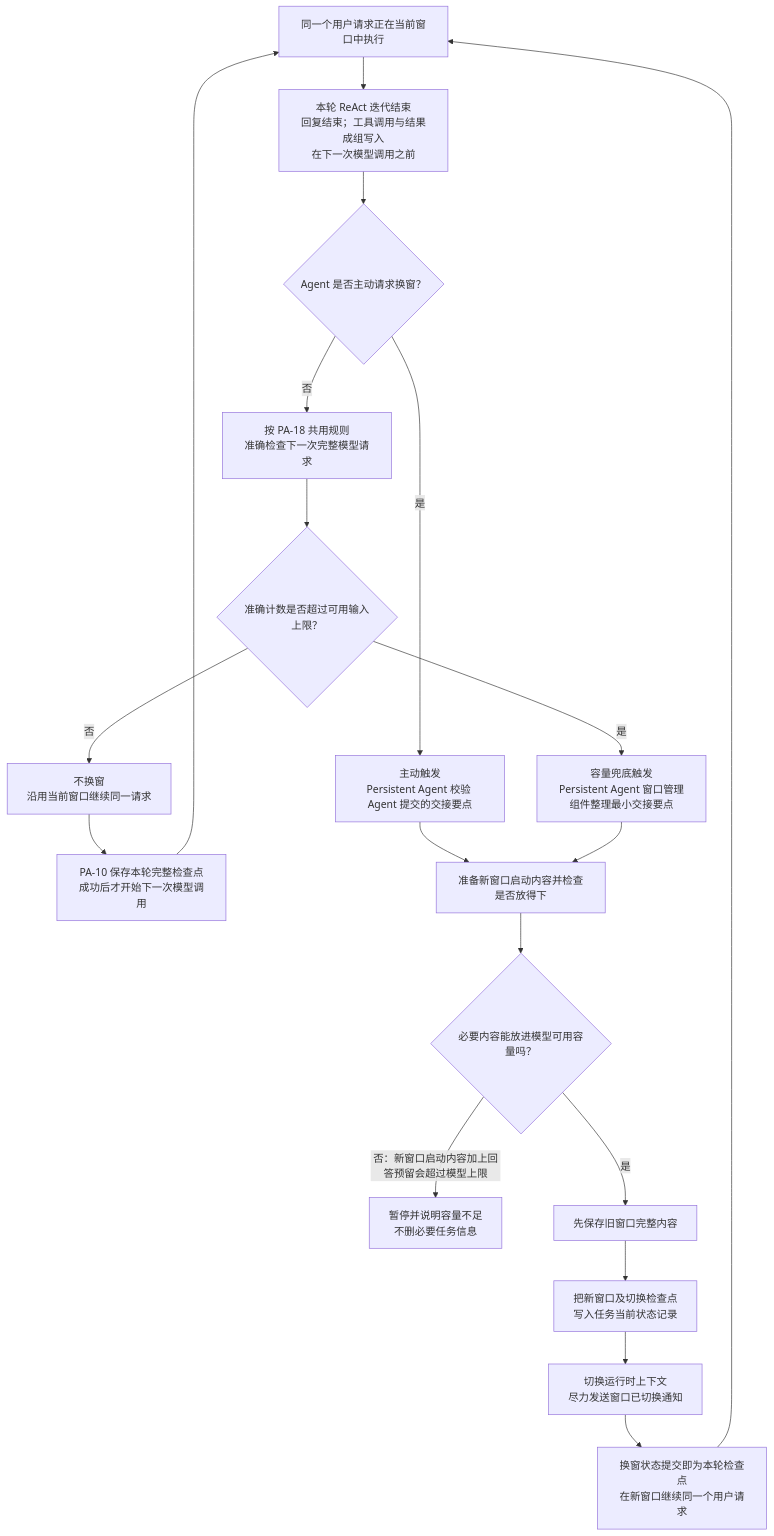
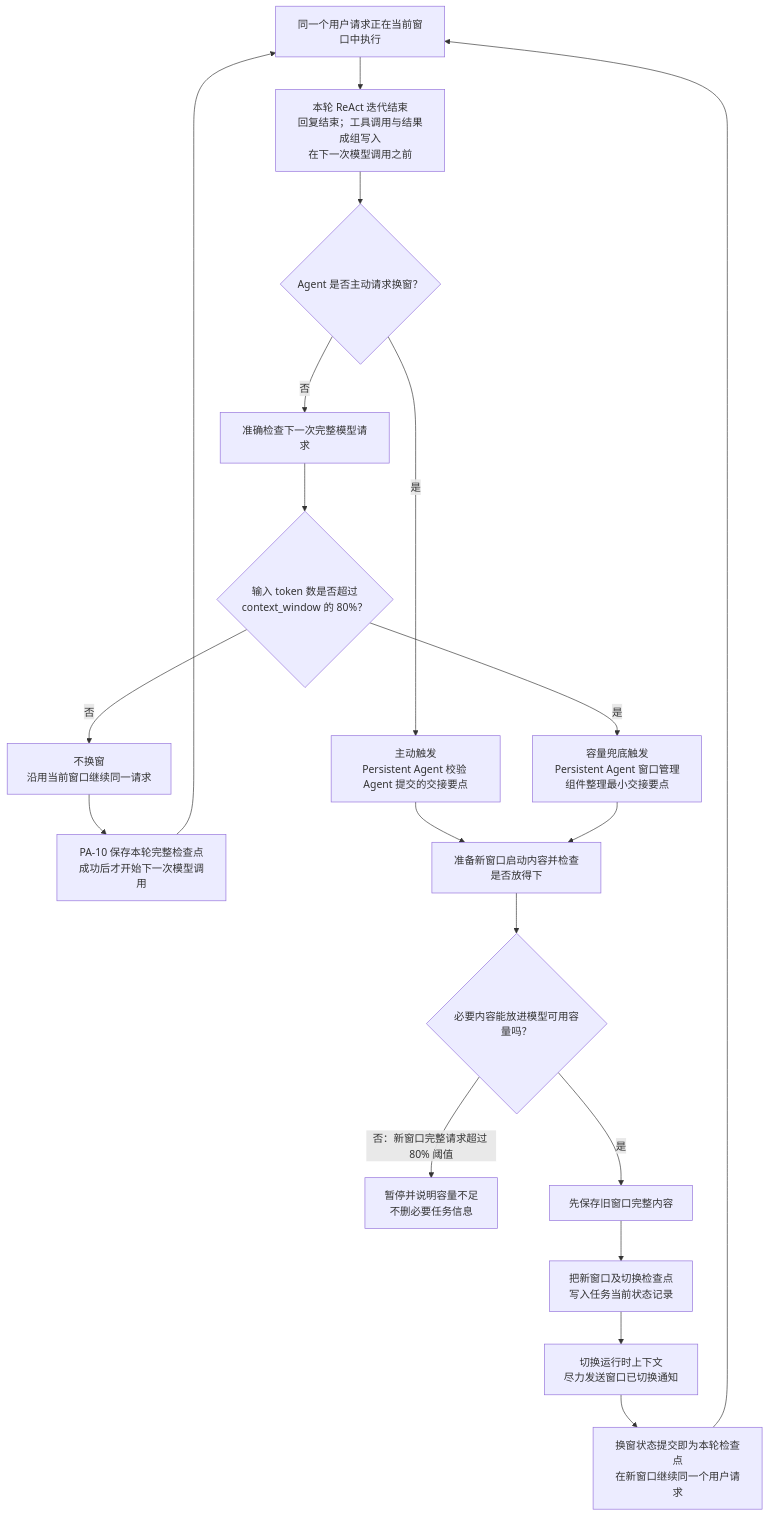
One commit to openJiuwen-ai/agent-core changed the first of 3 diagrams in openjiuwen/harness/persistent_agent/docs/features/F_11_window-management.md. Above: the diagram before and after it, drawn with Mermaid. The commit also changed other lines of this file and 6 other files, not shown here.

````diff
--- a/openjiuwen/harness/persistent_agent/docs/features/F_11_window-management.md
+++ b/openjiuwen/harness/persistent_agent/docs/features/F_11_window-management.md
@@ -63,21 +63,21 @@
 ```mermaid
 flowchart TD
     A["同一个用户请求正在当前窗口中执行"] --> B["本轮 ReAct 迭代结束<br/>回复结束；工具调用与结果成组写入<br/>在下一次模型调用之前"]
     B --> C{"Agent 是否主动请求换窗？"}
     C -- 是 --> D["主动触发<br/>Persistent Agent 校验 Agent 提交的交接要点"]
-    C -- 否 --> E["按 PA-18 共用规则<br/>准确检查下一次完整模型请求"]
-    E --> F{"准确计数是否超过可用输入上限？"}
+    C -- 否 --> E["准确检查下一次完整模型请求"]
+    E --> F{"输入 token 数是否超过<br/>context_window 的 80%？"}
     F -- 否 --> G["不换窗<br/>沿用当前窗口继续同一请求"]
     G --> G1["PA-10 保存本轮完整检查点<br/>成功后才开始下一次模型调用"]
     G1 --> A
     F -- 是 --> H["容量兜底触发<br/>Persistent Agent 窗口管理组件整理最小交接要点"]
     D --> I["准备新窗口启动内容并检查是否放得下"]
     H --> I
     I --> J{"必要内容能放进模型可用容量吗？"}
-    J -- 否：新窗口启动内容加上回答预留会超过模型上限 --> X["暂停并说明容量不足<br/>不删必要任务信息"]
+    J -- 否：新窗口完整请求超过 80% 阈值 --> X["暂停并说明容量不足<br/>不删必要任务信息"]
     J -- 是 --> K["先保存旧窗口完整内容"]
     K --> L["把新窗口及切换检查点<br/>写入任务当前状态记录"]
     L --> M["切换运行时上下文<br/>尽力发送窗口已切换通知"]
     M --> N["换窗状态提交即为本轮检查点<br/>在新窗口继续同一个用户请求"]
     N --> A
 ```
````
